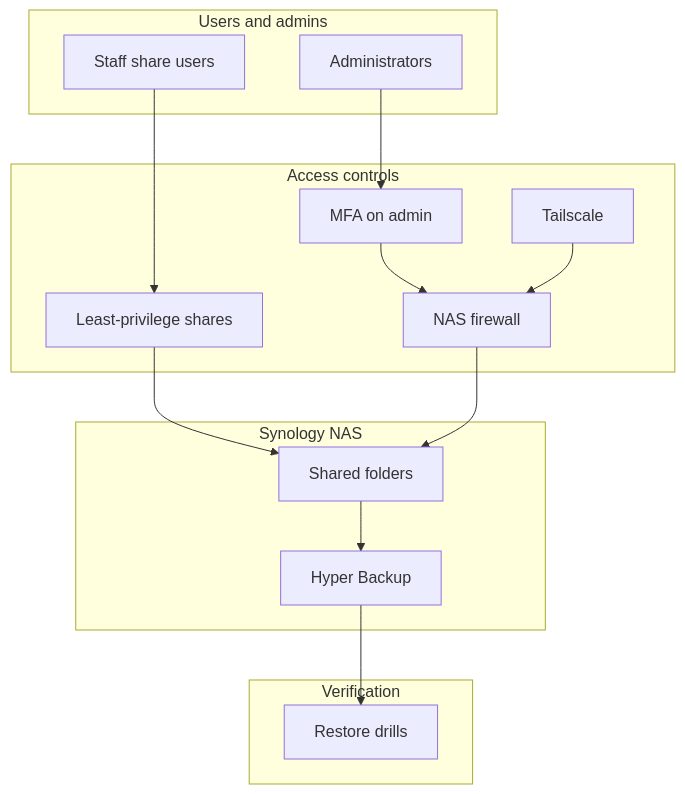
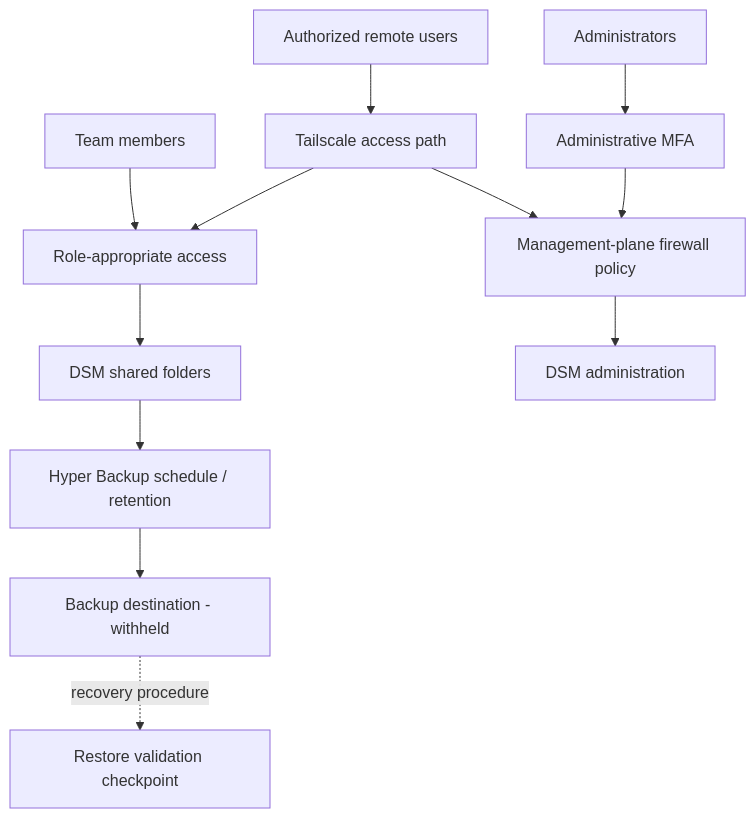
The diagram in synology-nas/architecture.md (Kochilin/infrastructure-projects), drawn with Mermaid before and after one commit. The commit also changed other lines of this file, not shown here.

Commit message:
Improve portfolio technical accuracy: synology-nas/architecture.md

````diff
--- a/synology-nas/architecture.md
+++ b/synology-nas/architecture.md
@@ -5,32 +5,17 @@
 ```mermaid
 flowchart TB
-  subgraph users [Users and admins]
-    STAFF[Staff share users]
-    ADMIN[Administrators]
-  end
+  STAFF[Team members] --> ROLE[Role-appropriate access]
+  ROLE --> SHARES[DSM shared folders]
 
-  subgraph access [Access controls]
-    MFA[MFA on admin]
-    ACL[Least-privilege shares]
-    FW[NAS firewall]
-    TS[Tailscale]
-  end
+  ADM[Administrators] --> MFA[Administrative MFA]
+  MFA --> POLICY[Management-plane firewall policy]
+  POLICY --> DSM[DSM administration]
 
-  subgraph nas [Synology NAS]
-    SHARES[Shared folders]
-    HB[Hyper Backup]
-  end
+  REMOTE[Authorized remote users] --> TS[Tailscale access path]
+  TS --> POLICY
+  TS --> ROLE
 
-  subgraph verify [Verification]
-    RESTORE[Restore drills]
-  end
-
-  STAFF --> ACL
-  ADMIN --> MFA
-  MFA --> FW
-  ACL --> SHARES
-  FW --> SHARES
-  TS --> FW
-  SHARES --> HB
-  HB --> RESTORE
+  SHARES --> HB[Hyper Backup schedule / retention]
+  HB --> COPY[Backup destination - withheld]
+  COPY -. recovery procedure .-> RESTORE[Restore validation checkpoint]
 ```
````
